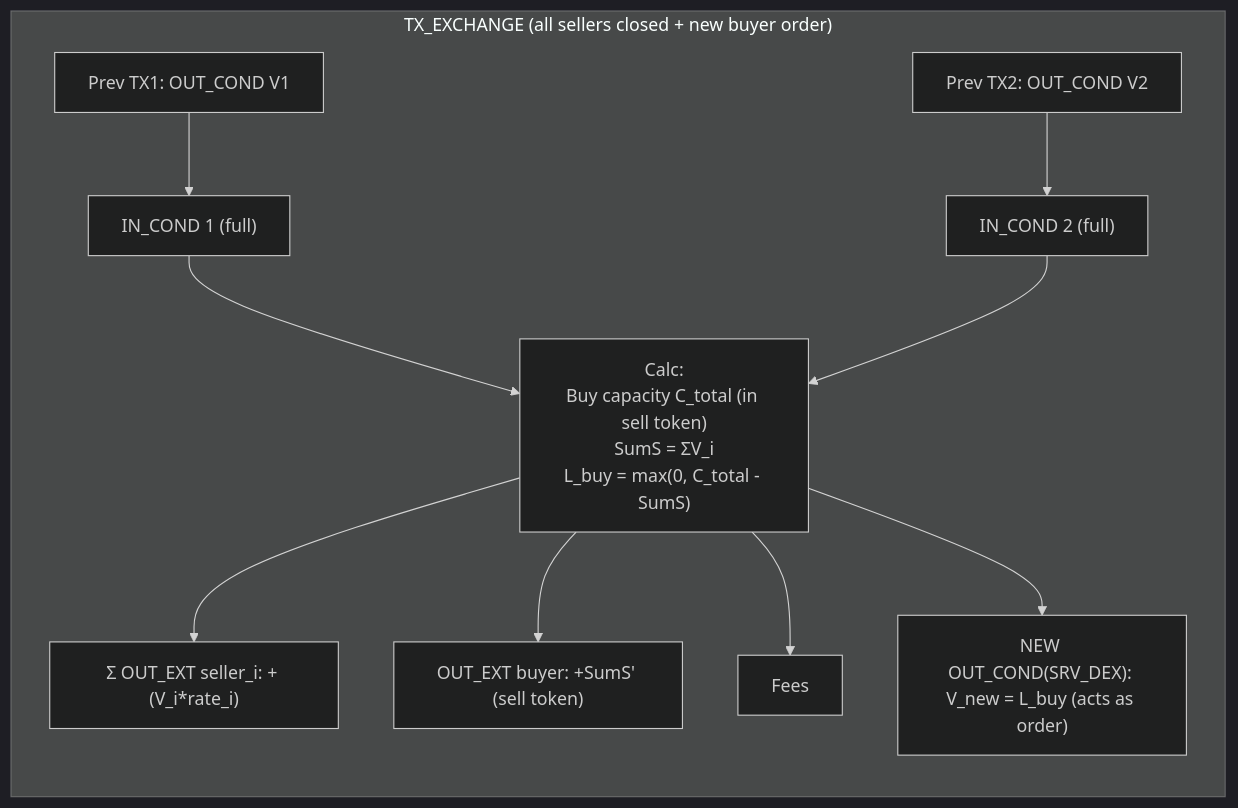
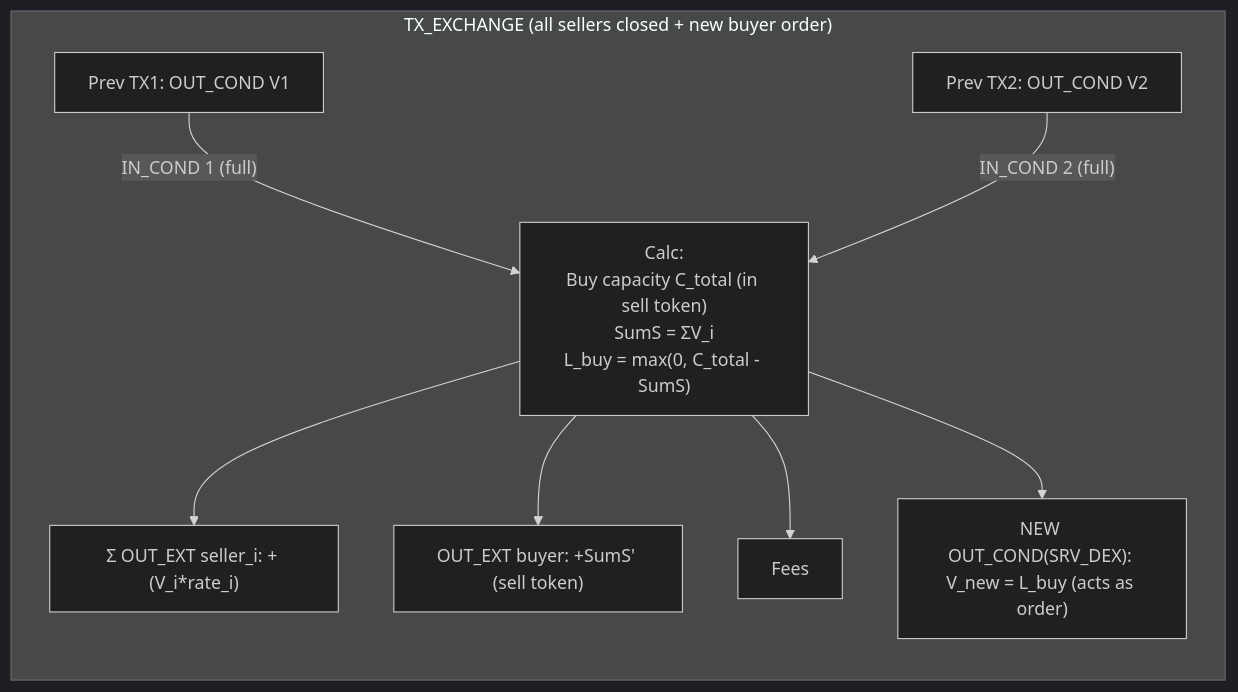
Before and after one commit to demlabs-cellframe/cellframe-sdk: the seventh of 8 diagrams in modules/service/dex/docs/11_DIAGRAMS.md, drawn with Mermaid (dark theme). The commit also changed other lines of this file, not shown here.

````diff
--- a/modules/service/dex/docs/11_DIAGRAMS.md
+++ b/modules/service/dex/docs/11_DIAGRAMS.md
@@ -231,24 +208,20 @@
 ```mermaid
 flowchart LR
 
 subgraph EX_MULTI_NEW_BUYER_ORDER["TX_EXCHANGE (all sellers closed + new buyer order)"]
   direction TB
   PREV1["Prev TX1: OUT_COND V1"]
   PREV2["Prev TX2: OUT_COND V2"]
-  IN1["IN_COND 1 (full)"]
-  IN2["IN_COND 2 (full)"]
   CALC["Calc:<br/>Buy capacity C_total (in sell token)<br/>SumS = ΣV_i<br/>L_buy = max(0, C_total - SumS)"]
   OUT_PAY_SELLERS["Σ OUT_EXT seller_i: + (V_i*rate_i)"]
   OUT_PAY_BUYER["OUT_EXT buyer: +SumS' (sell token)"]
   OUT_NEW_ORDER["NEW OUT_COND(SRV_DEX): V_new = L_buy (acts as order)"]
   FEES["Fees"]
-  PREV1 --> IN1
-  PREV2 --> IN2
-  IN1 --> CALC
-  IN2 --> CALC
+  PREV1 -- "IN_COND 1 (full)" --> CALC
+  PREV2 -- "IN_COND 2 (full)" --> CALC
   CALC --> OUT_PAY_SELLERS
   CALC --> OUT_PAY_BUYER
   CALC --> FEES
   CALC --> OUT_NEW_ORDER
 end
 ```
````
